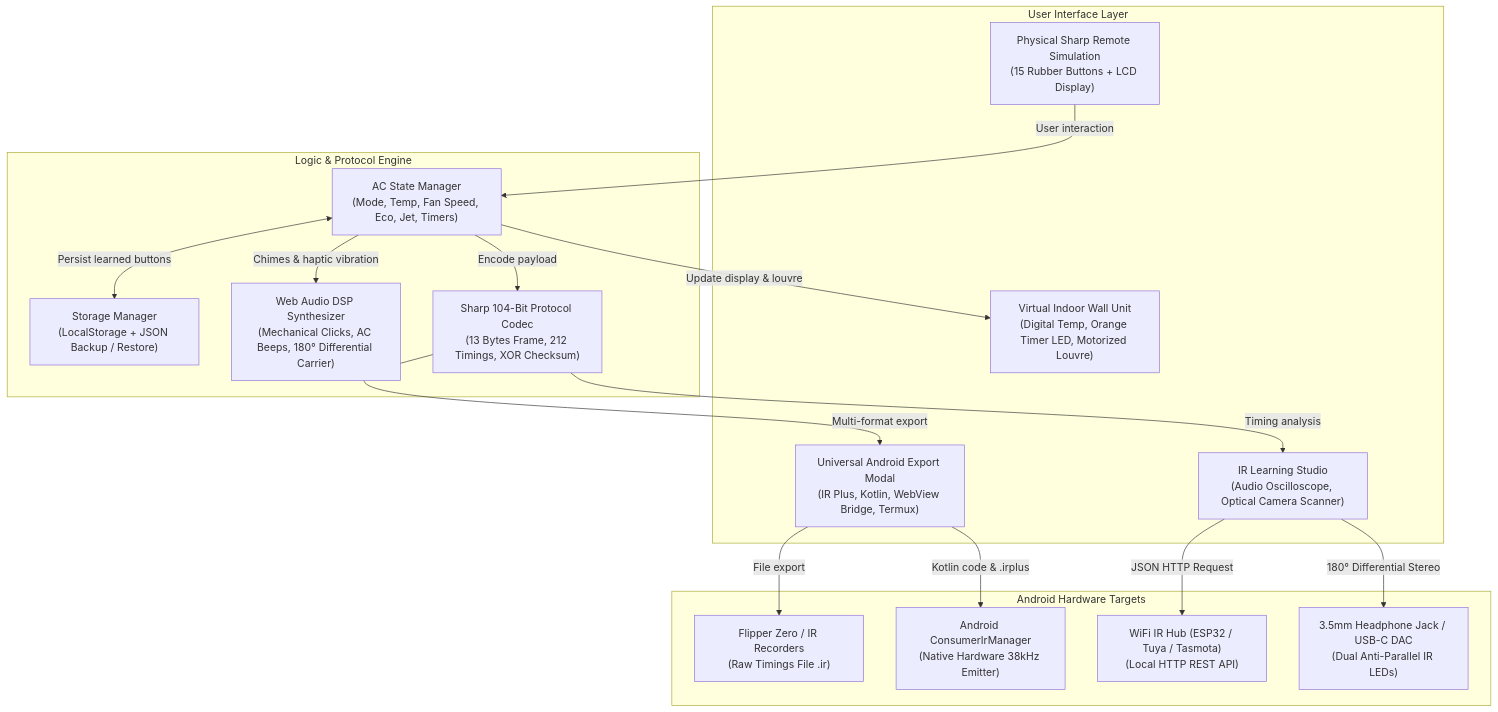
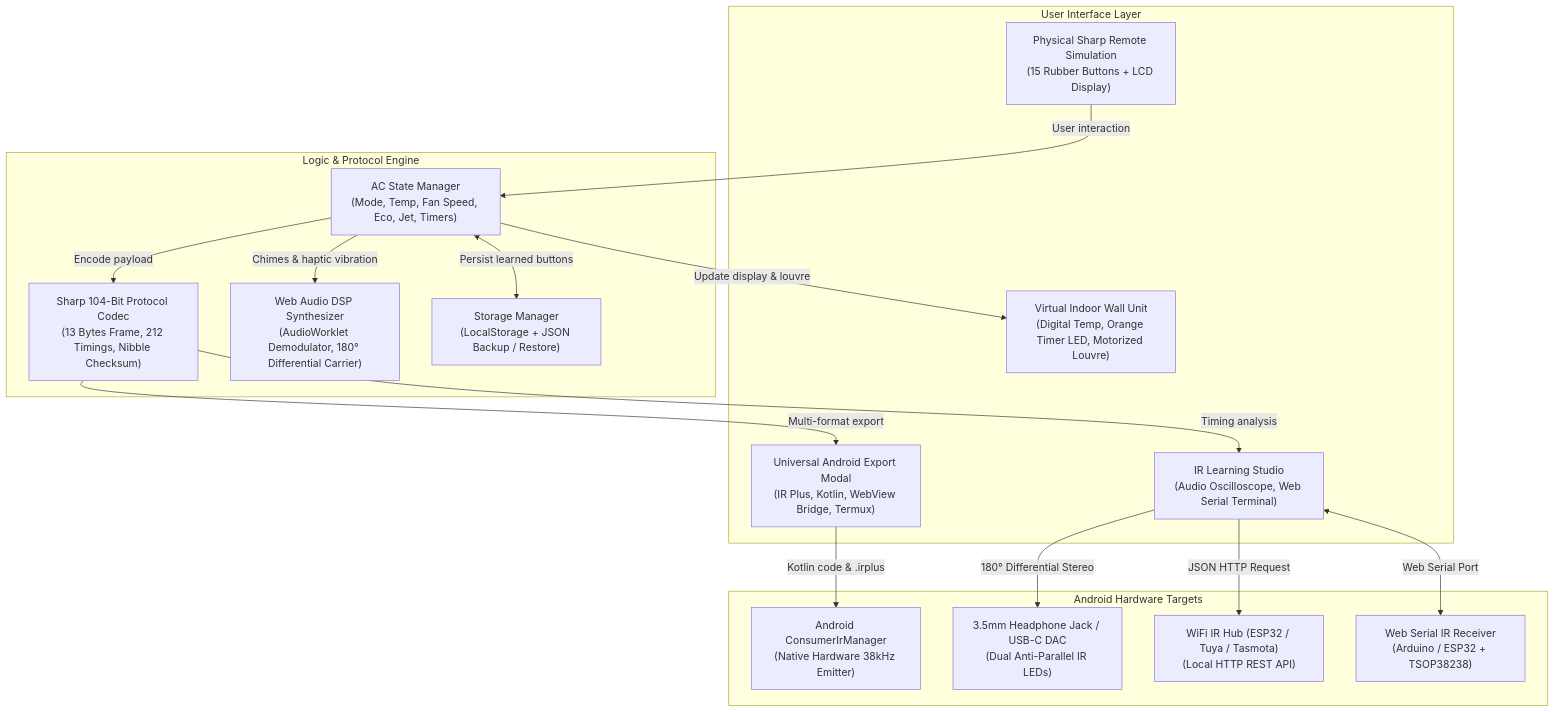
The diagram in README.md (nhattan86/sharp-a_c-ir-remote---learner-for-android), drawn with Mermaid before and after one commit. The commit also changed other lines of this file and 1 other file, not shown here.

````diff
--- a/README.md
+++ b/README.md
@@ -47,35 +51,35 @@
 ```mermaid
 flowchart TB
     subgraph UI["User Interface Layer"]
         Remote["Physical Sharp Remote Simulation<br/>(15 Rubber Buttons + LCD Display)"]
         AcUnit["Virtual Indoor Wall Unit<br/>(Digital Temp, Orange Timer LED, Motorized Louvre)"]
-        Studio["IR Learning Studio<br/>(Audio Oscilloscope, Optical Camera Scanner)"]
+        Studio["IR Learning Studio<br/>(Audio Oscilloscope, Web Serial Terminal)"]
         ExpModal["Universal Android Export Modal<br/>(IR Plus, Kotlin, WebView Bridge, Termux)"]
     end
 
     subgraph Core["Logic & Protocol Engine"]
         StateMgr["AC State Manager<br/>(Mode, Temp, Fan Speed, Eco, Jet, Timers)"]
-        SharpCodec["Sharp 104-Bit Protocol Codec<br/>(13 Bytes Frame, 212 Timings, XOR Checksum)"]
-        AudioDSP["Web Audio DSP Synthesizer<br/>(Mechanical Clicks, AC Beeps, 180° Differential Carrier)"]
+        SharpCodec["Sharp 104-Bit Protocol Codec<br/>(13 Bytes Frame, 212 Timings, Nibble Checksum)"]
+        AudioDSP["Web Audio DSP Synthesizer<br/>(AudioWorklet Demodulator, 180° Differential Carrier)"]
         Storage["Storage Manager<br/>(LocalStorage + JSON Backup / Restore)"]
     end
 
     subgraph Hardware["Android Hardware Targets"]
         ConsumerIr["Android ConsumerIrManager<br/>(Native Hardware 38kHz Emitter)"]
         AudioJack["3.5mm Headphone Jack / USB-C DAC<br/>(Dual Anti-Parallel IR LEDs)"]
         WiFiHub["WiFi IR Hub (ESP32 / Tuya / Tasmota)<br/>(Local HTTP REST API)"]
-        Flipper["Flipper Zero / IR Recorders<br/>(Raw Timings File .ir)"]
+        SerialHub["Web Serial IR Receiver<br/>(Arduino / ESP32 + TSOP38238)"]
     end
 
     Remote -->|User interaction| StateMgr
     StateMgr -->|Update display & louvre| AcUnit
     StateMgr -->|Encode payload| SharpCodec
     StateMgr -->|Chimes & haptic vibration| AudioDSP
     StateMgr <-->|Persist learned buttons| Storage
     SharpCodec -->|Timing analysis| Studio
     SharpCodec -->|Multi-format export| ExpModal
     ExpModal -->|Kotlin code & .irplus| ConsumerIr
     Studio -->|180° Differential Stereo| AudioJack
     Studio -->|JSON HTTP Request| WiFiHub
-    ExpModal -->|File export| Flipper
+    Studio <-->|Web Serial Port| SerialHub
 ```
````
